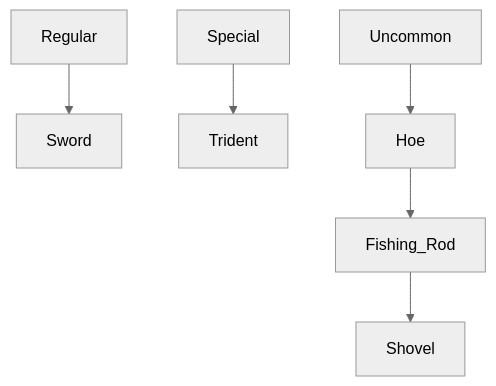
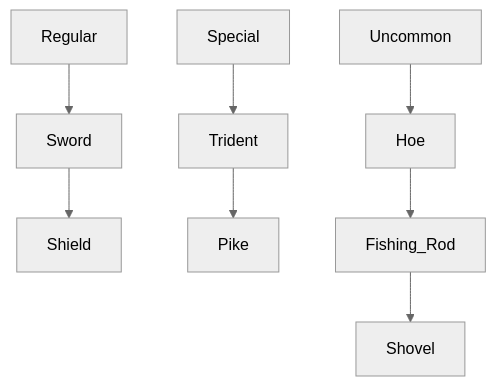
The diagram in Production☪️.md (ColziandKing/RSCUniverse), drawn with Mermaid (neutral theme) before and after one commit.

````diff
--- a/Production☪️.md
+++ b/Production☪️.md
@@ -17,8 +17,10 @@
 ```mermaid
 graph TD;
     Regular-->Sword;
+    Sword-->Shield;
     Special-->Trident;
+    Trident-->Pike;
     Uncommon-->Hoe;
     Hoe-->Fishing_Rod;
     Fishing_Rod-->Shovel;
 ```
````
